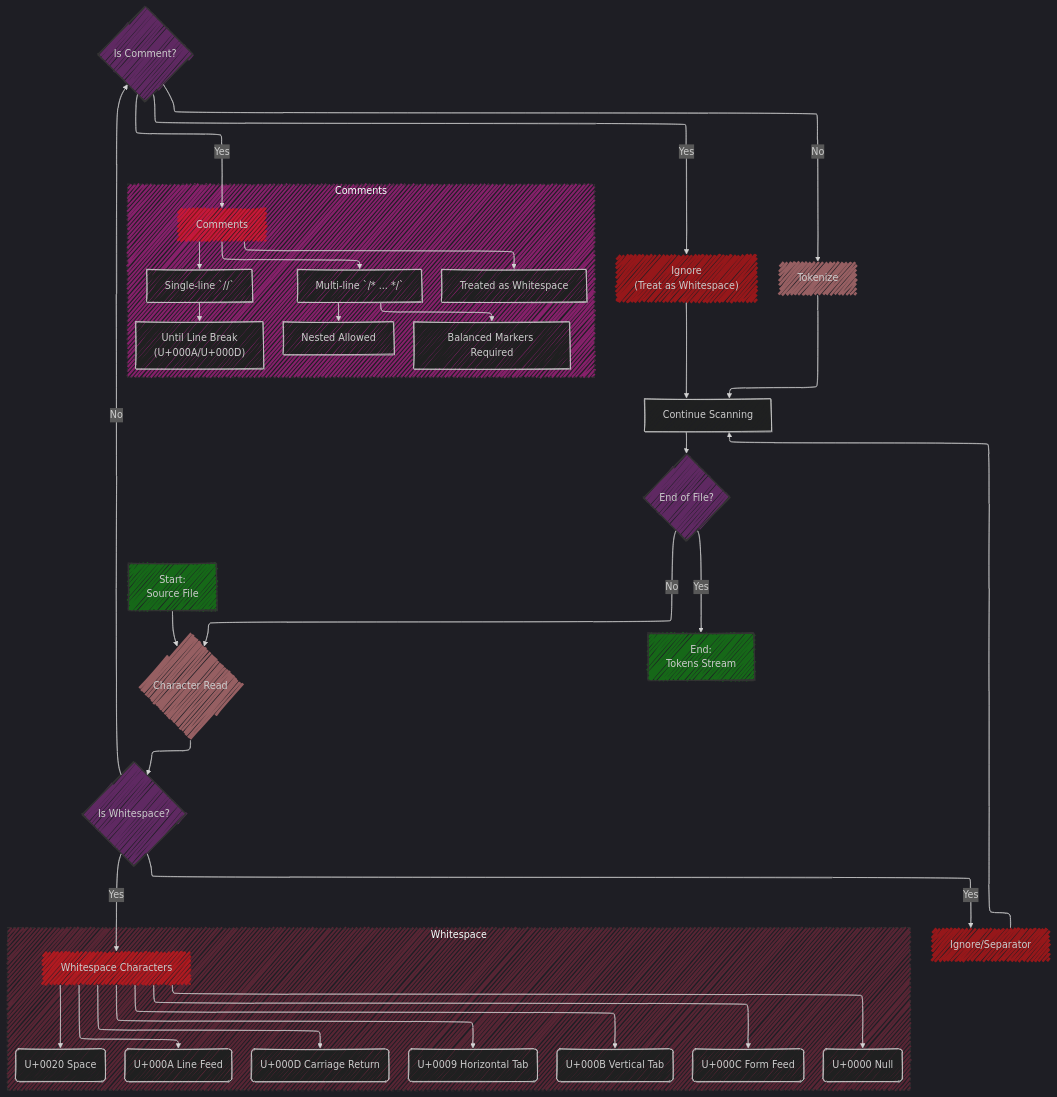
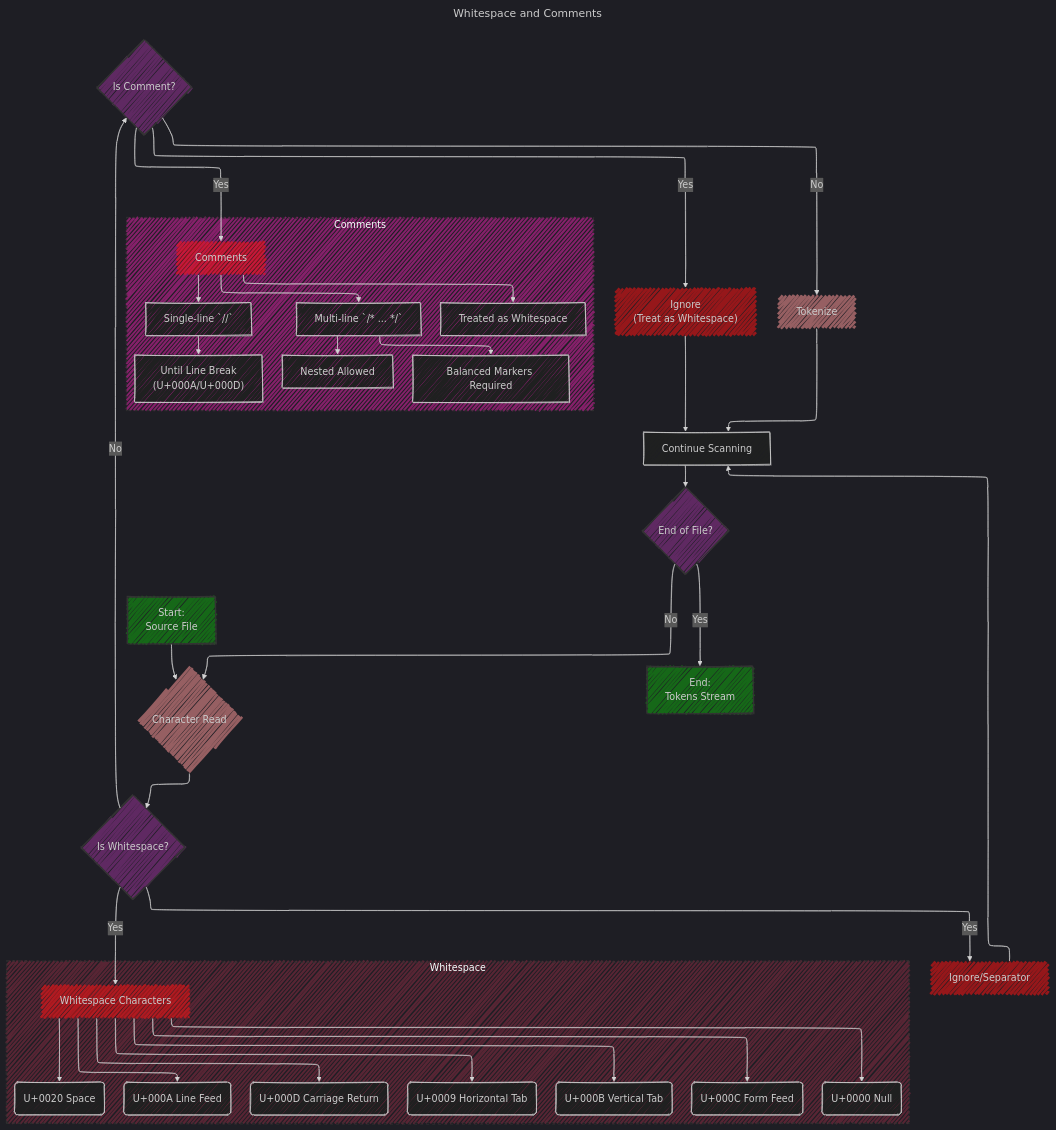
Before and after one commit to CongLeSolutionX/iOS-development-vault: the second of 7 diagrams in Swift_book/Lexical_Structure_V2.md, drawn with Mermaid. The commit also changed other lines of this file and 1 other file, not shown here.

````diff
--- a/Swift_book/Lexical_Structure_V2.md
+++ b/Swift_book/Lexical_Structure_V2.md
@@ -71,5 +71,6 @@
 ```mermaid
 ---
+title: Whitespace and Comments
 config:
   layout: elk
   look: handDrawn
````
